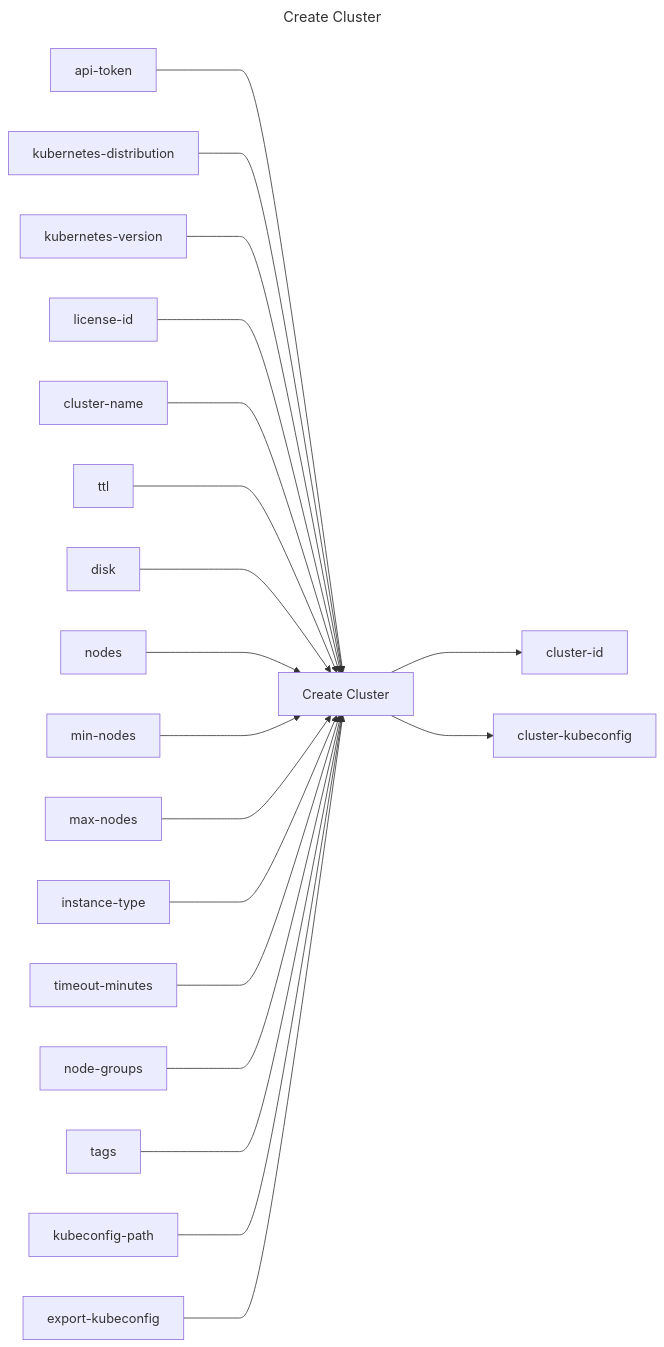
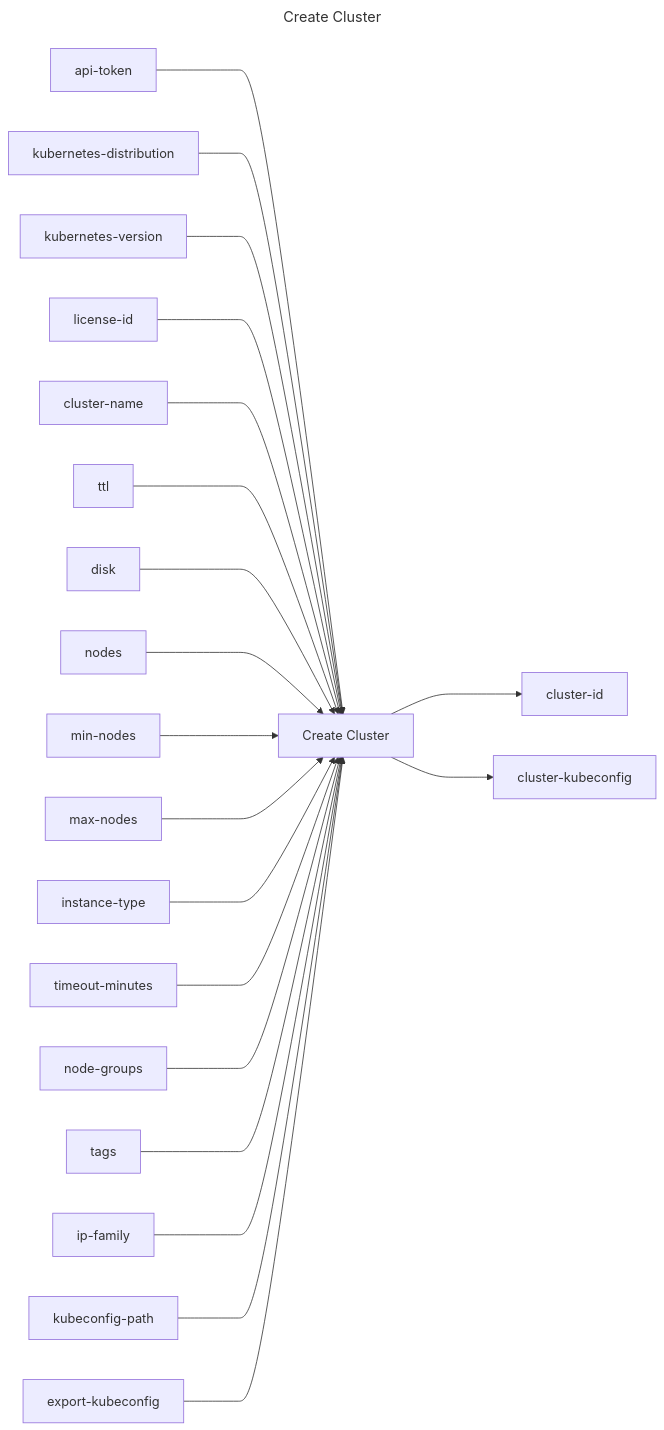
Before and after one commit to replicatedhq/replicated-actions: the diagram in create-cluster/README.md, drawn with Mermaid. The commit also changed other lines of this file and 45 other files, not shown here.

````diff
--- a/create-cluster/README.md
+++ b/create-cluster/README.md
@@ -3,43 +3,45 @@
 ```mermaid
 ---
 title: Create Cluster
 ---
 graph LR
 create_cluster["Create Cluster"]
 api_token["api-token"]
 kubernetes_distribution["kubernetes-distribution"]
 kubernetes_version["kubernetes-version"]
 license_id["license-id"]
 cluster_name["cluster-name"]
 ttl["ttl"]
 disk["disk"]
 nodes["nodes"]
 min_nodes["min-nodes"]
 max_nodes["max-nodes"]
 instance_type["instance-type"]
 timeout_minutes["timeout-minutes"]
 node_groups["node-groups"]
 tags["tags"]
+ip_family["ip-family"]
 kubeconfig_path["kubeconfig-path"]
 export_kubeconfig["export-kubeconfig"]
 cluster_id["cluster-id"]
 cluster_kubeconfig["cluster-kubeconfig"]
 api_token ---> create_cluster
 kubernetes_distribution ---> create_cluster
 kubernetes_version ---> create_cluster
 license_id ---> create_cluster
 cluster_name ---> create_cluster
 ttl ---> create_cluster
 disk ---> create_cluster
 nodes ---> create_cluster
 min_nodes ---> create_cluster
 max_nodes ---> create_cluster
 instance_type ---> create_cluster
 timeout_minutes ---> create_cluster
 node_groups ---> create_cluster
 tags ---> create_cluster
+ip_family ---> create_cluster
 kubeconfig_path ---> create_cluster
 export_kubeconfig ---> create_cluster
 create_cluster ---> cluster_id
 create_cluster ---> cluster_kubeconfig
 ```
````
